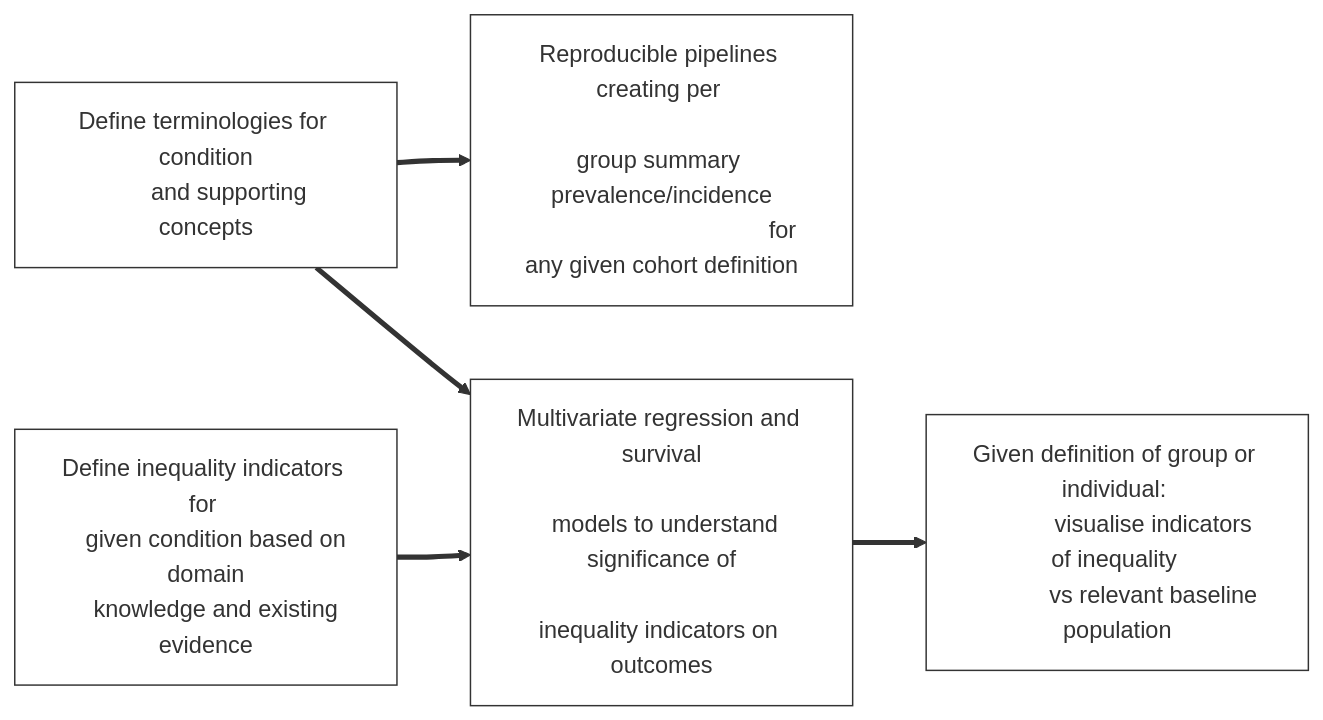
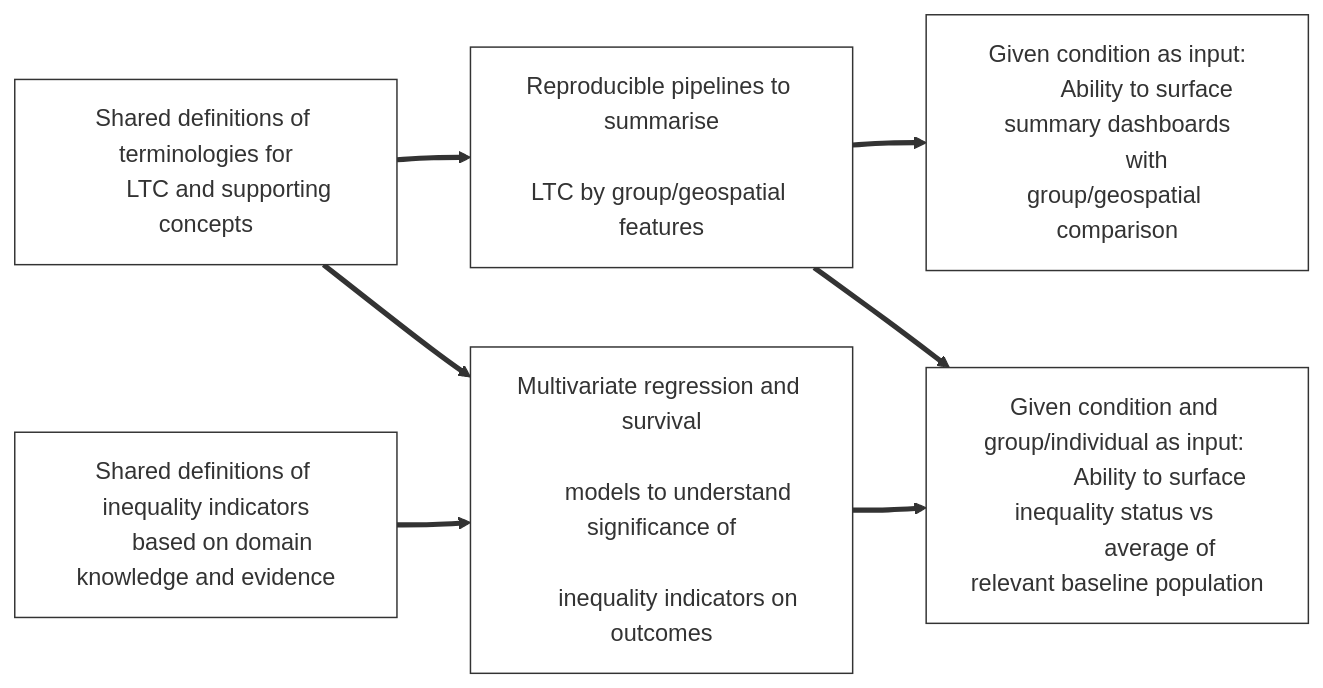
One commit to d3london/sde-aic changed the third of 5 diagrams in index.qmd. Above: the diagram before and after it, drawn with Mermaid. The commit also changed other lines of this file and 22 other files, not shown here.

````diff
--- a/index.qmd
+++ b/index.qmd
@@ -175,24 +171,30 @@
 ```{mermaid}
 %%| fig-width: 6
+%%| label: fig-rep-pipelines-inequality
+%%| fig-cap: "Outcomes in development workflow. LTC = long-term conditions."
 flowchart LR
-    A["Define terminologies for condition
-        and supporting concepts"] ==> B["Reproducible pipelines creating per 
-                                      group summary prevalence/incidence
-                                      for any given cohort definition"]
-    
-    C["Define inequality indicators for 
-    given condition based on domain
-    knowledge and existing evidence"] ==> D["Multivariate regression and survival
-                                              models to understand significance of
-                                            inequality indicators on outcomes"]
+    A["Shared definitions of terminologies for
+        LTC and supporting concepts"] ==> A1["Reproducible pipelines to summarise
+                                            LTC by group/geospatial features"]
 
-    A ==> D
+    A1 ==> A2["Given condition as input:
+          Ability to surface summary dashboards
+          with group/geospatial comparison"]
 
-    D==>E["Given definition of group or individual: 
-            visualise indicators of inequality 
-            vs relevant baseline population"]
+    B["Shared definitions of inequality indicators
+      based on domain knowledge and evidence"] ==> B1["Multivariate regression and survival
+                                                  models to understand significance of
+                                                  inequality indicators on outcomes"]
+
+    A ==> B1
+
+    A1 ==> B2
+
+    B1==>B2["Given condition and group/individual as input: 
+              Ability to surface inequality status vs 
+              average of relevant baseline population"]
 
     classDef gray fill:#fff, stroke:#333, stroke-width:1px
 
-    class A,B,C,D,E gray
+    class A,A1,A2,B,B1,B2 gray
 ```
````
